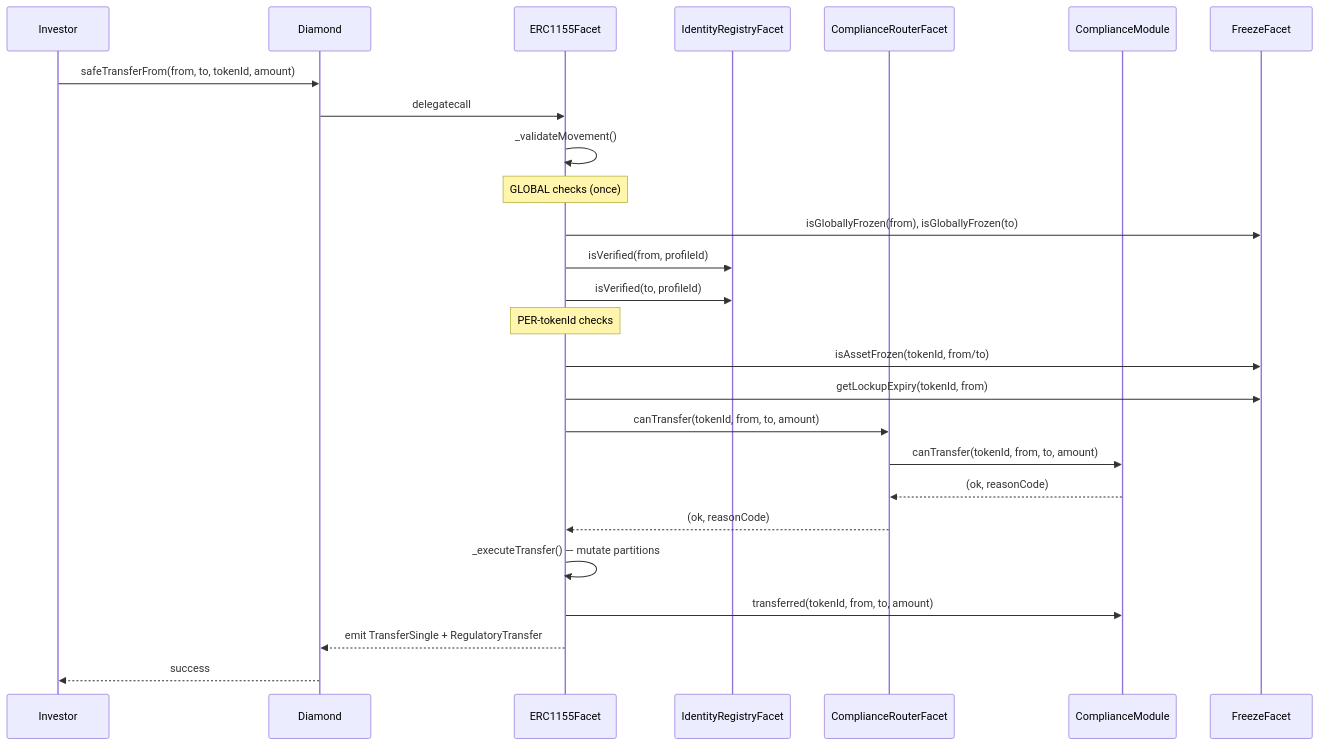
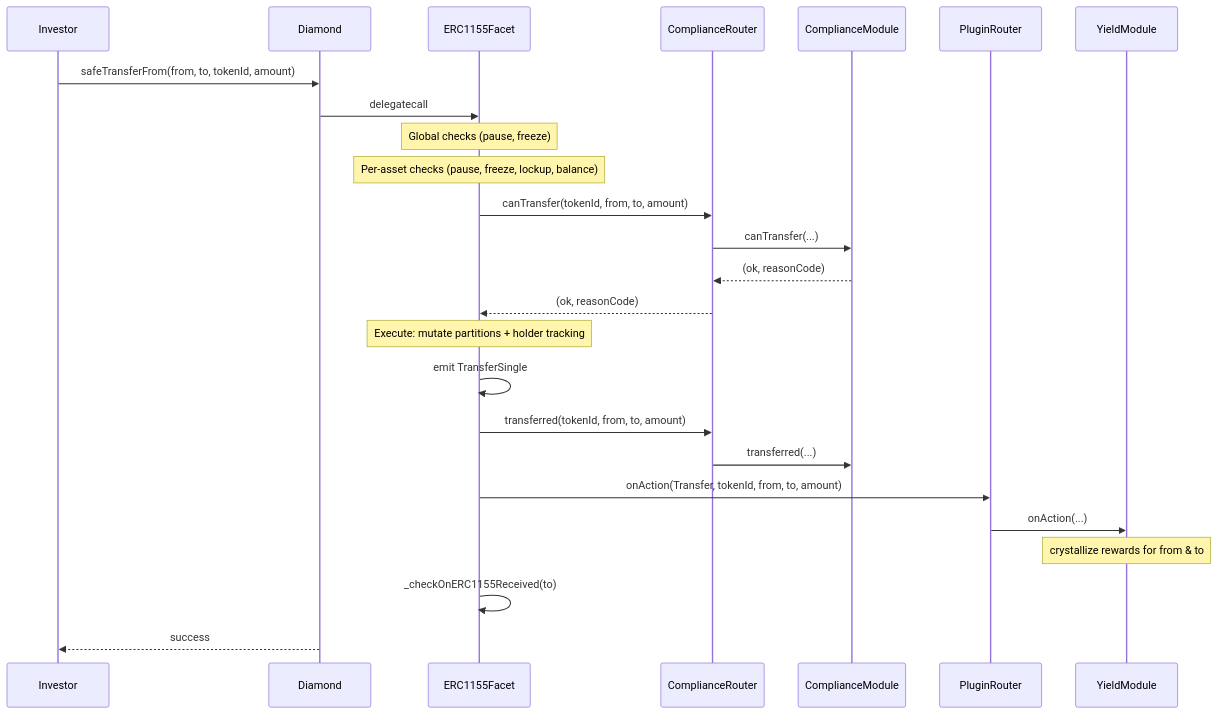
The diagram in docs/architecture.md (renancorreadev/diamond-erc3643-protocol), drawn with Mermaid before and after one commit. The commit also changed other lines of this file and 2 other files, not shown here.

First line of the commit message:
docs: update architecture docs with plugin system and 21-facet layout

````diff
--- a/docs/architecture.md
+++ b/docs/architecture.md
@@ -362,32 +530,34 @@
 ```mermaid
 sequenceDiagram
     participant Investor
     participant Diamond
     participant ERC1155Facet
-    participant IdentityRegistryFacet
-    participant ComplianceRouterFacet
+    participant ComplianceRouter
     participant ComplianceModule
-    participant FreezeFacet
+    participant PluginRouter
+    participant YieldModule
 
     Investor->>Diamond: safeTransferFrom(from, to, tokenId, amount)
     Diamond->>ERC1155Facet: delegatecall
-    ERC1155Facet->>ERC1155Facet: _validateMovement()
 
-    Note over ERC1155Facet: GLOBAL checks (once)
-    ERC1155Facet->>FreezeFacet: isGloballyFrozen(from), isGloballyFrozen(to)
-    ERC1155Facet->>IdentityRegistryFacet: isVerified(from, profileId)
-    ERC1155Facet->>IdentityRegistryFacet: isVerified(to, profileId)
+    Note over ERC1155Facet: Global checks (pause, freeze)
+    Note over ERC1155Facet: Per-asset checks (pause, freeze, lockup, balance)
 
-    Note over ERC1155Facet: PER-tokenId checks
-    ERC1155Facet->>FreezeFacet: isAssetFrozen(tokenId, from/to)
-    ERC1155Facet->>FreezeFacet: getLockupExpiry(tokenId, from)
-    ERC1155Facet->>ComplianceRouterFacet: canTransfer(tokenId, from, to, amount)
-    ComplianceRouterFacet->>ComplianceModule: canTransfer(tokenId, from, to, amount)
-    ComplianceModule-->>ComplianceRouterFacet: (ok, reasonCode)
-    ComplianceRouterFacet-->>ERC1155Facet: (ok, reasonCode)
+    ERC1155Facet->>ComplianceRouter: canTransfer(tokenId, from, to, amount)
+    ComplianceRouter->>ComplianceModule: canTransfer(...)
+    ComplianceModule-->>ComplianceRouter: (ok, reasonCode)
+    ComplianceRouter-->>ERC1155Facet: (ok, reasonCode)
 
-    ERC1155Facet->>ERC1155Facet: _executeTransfer() — mutate partitions
-    ERC1155Facet->>ComplianceModule: transferred(tokenId, from, to, amount)
-    ERC1155Facet-->>Diamond: emit TransferSingle + RegulatoryTransfer
+    Note over ERC1155Facet: Execute: mutate partitions + holder tracking
+    ERC1155Facet->>ERC1155Facet: emit TransferSingle
+
+    ERC1155Facet->>ComplianceRouter: transferred(tokenId, from, to, amount)
+    ComplianceRouter->>ComplianceModule: transferred(...)
+
+    ERC1155Facet->>PluginRouter: onAction(Transfer, tokenId, from, to, amount)
+    PluginRouter->>YieldModule: onAction(...)
+    Note over YieldModule: crystallize rewards for from & to
+
+    ERC1155Facet->>ERC1155Facet: _checkOnERC1155Received(to)
     Diamond-->>Investor: success
 ```
````
